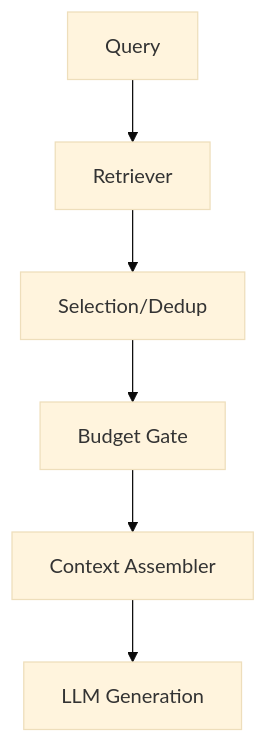
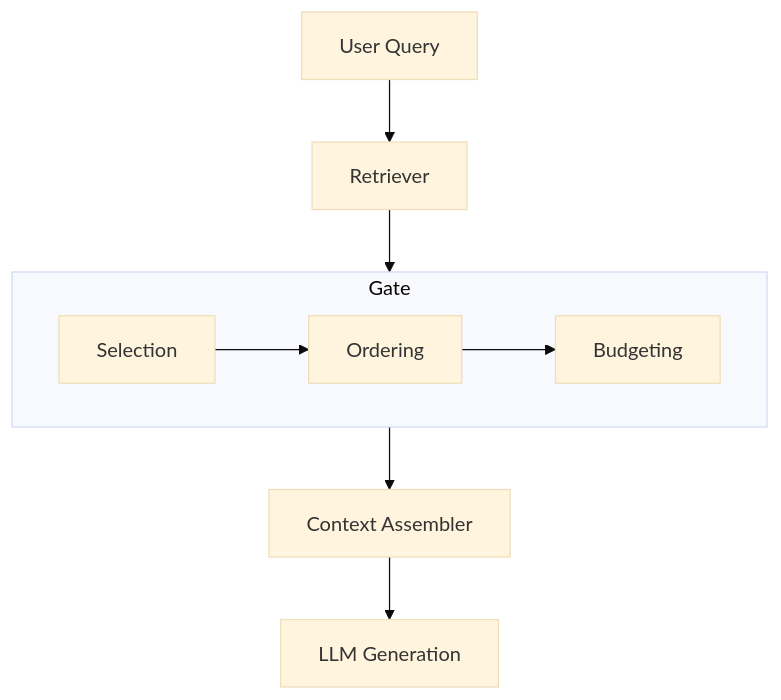
One commit to ShaileshRawat1403/context-engineering-core changed the diagram in examples/minimal-rag-context-gate/PRD.md. Above: the diagram before and after it, drawn with Mermaid (base theme). The commit also changed other lines of this file and 22 other files, not shown here.

````diff
--- a/examples/minimal-rag-context-gate/PRD.md
+++ b/examples/minimal-rag-context-gate/PRD.md
@@ -12,8 +13,11 @@
 ```mermaid
 flowchart TD
-    Query[Query] --> Retrieve[Retriever]
-    Retrieve --> Select[Selection/Dedup]
-    Select --> Budget[Budget Gate]
-    Budget --> Assemble[Context Assembler]
+    Query[User Query] --> Retrieve[Retriever]
+    Retrieve --> Gate[Context Gate]
+    subgraph Gate
+        direction LR
+        Select[Selection] --> Order[Ordering] --> Budget[Budgeting]
+    end
+    Gate --> Assemble[Context Assembler]
     Assemble --> Gen[LLM Generation]
 ```
````
